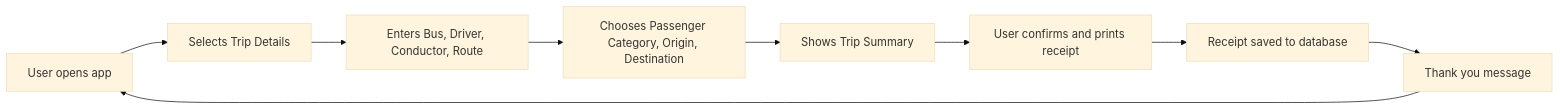
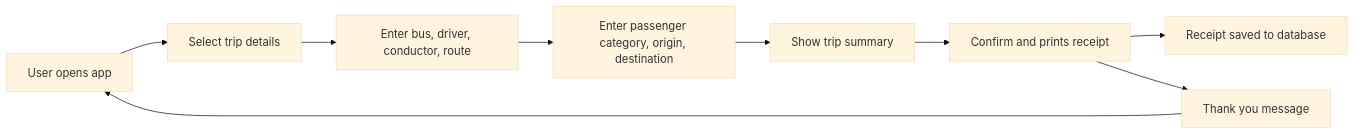
Before and after one commit to smmariquit/bus-ticketing-app: the diagram in README.md, drawn with Mermaid (base theme).

````diff
--- a/README.md
+++ b/README.md
@@ -76,11 +76,11 @@
 ```mermaid
 flowchart LR
-    A[User opens app] --> B[Selects Trip Details]
-    B --> C[Enters Bus, Driver, Conductor, Route]
-    C --> D[Chooses Passenger Category, Origin, Destination]
-    D --> E[Shows Trip Summary]
-    E --> F[User confirms and prints receipt]
+    A[User opens app] --> B[Select trip details]
+    B --> C[Enter bus, driver, conductor, route]
+    C --> D[Enter passenger category, origin, destination]
+    D --> E[Show trip summary]
+    E --> F[Confirm and prints receipt]
     F --> G[Receipt saved to database]
-    G --> H[Thank you message]
+    F --> H[Thank you message]
     H --> A
 ```
````
